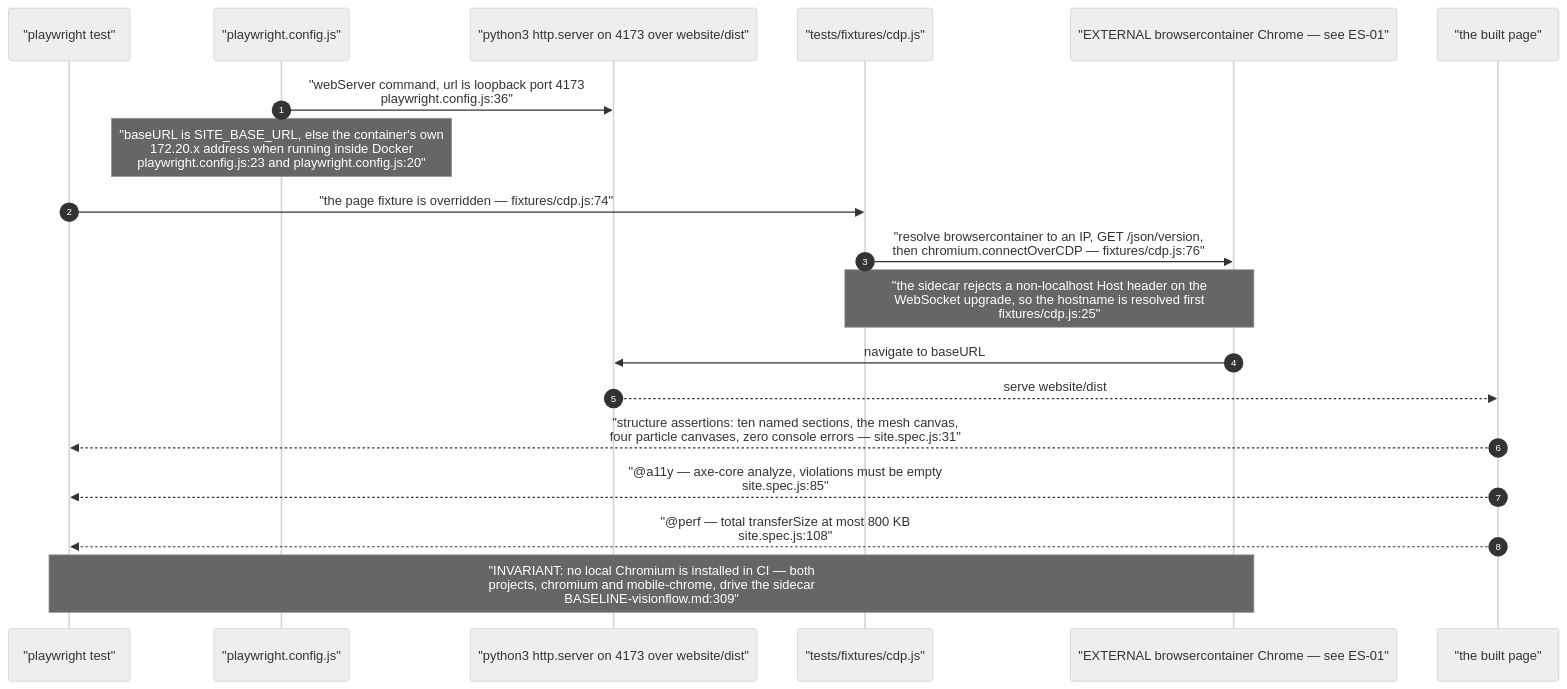
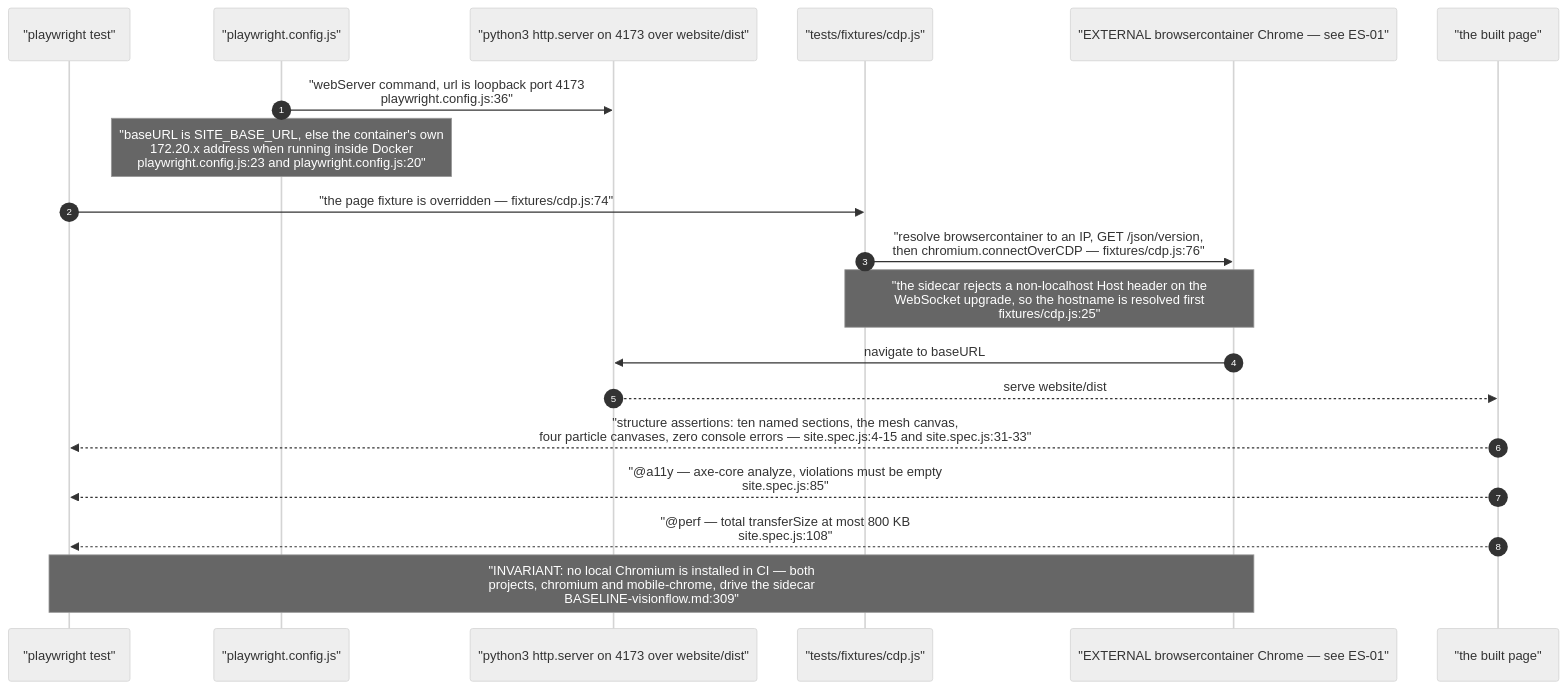
The tenth of 12 diagrams in docs/diagrams/visionflow/02-website-build-and-deploy.md (DreamLab-AI/VisionFlow), drawn with Mermaid (neutral theme) before and after one commit. The commit also changed other lines of this file and 91 other files, not shown here.

````diff
--- a/docs/diagrams/visionflow/02-website-build-and-deploy.md
+++ b/docs/diagrams/visionflow/02-website-build-and-deploy.md
@@ -306,22 +308,22 @@
 ```mermaid
 sequenceDiagram
     autonumber
     participant T as "playwright test"
     participant C as "playwright.config.js"
     participant WS as "python3 http.server on 4173 over website/dist"
     participant FX as "tests/fixtures/cdp.js"
     participant CH as "EXTERNAL browsercontainer Chrome — see ES-01"
     participant P as "the built page"
 
     C->>WS: "webServer command, url is loopback port 4173<br/>playwright.config.js:36"
     Note over C: "baseURL is SITE_BASE_URL, else the container's own<br/>172.20.x address when running inside Docker<br/>playwright.config.js:23 and playwright.config.js:20"
     T->>FX: "the page fixture is overridden — fixtures/cdp.js:74"
     FX->>CH: "resolve browsercontainer to an IP, GET /json/version,<br/>then chromium.connectOverCDP — fixtures/cdp.js:76"
     Note over FX,CH: "the sidecar rejects a non-localhost Host header on the<br/>WebSocket upgrade, so the hostname is resolved first<br/>fixtures/cdp.js:25"
     CH->>WS: navigate to baseURL
     WS-->>P: serve website/dist
-    P-->>T: "structure assertions: ten named sections, the mesh canvas,<br/>four particle canvases, zero console errors — site.spec.js:31"
+    P-->>T: "structure assertions: ten named sections, the mesh canvas,<br/>four particle canvases, zero console errors — site.spec.js:4-15 and site.spec.js:31-33"
     P-->>T: "@a11y — axe-core analyze, violations must be empty<br/>site.spec.js:85"
     P-->>T: "@perf — total transferSize at most 800 KB<br/>site.spec.js:108"
     Note over T,CH: "INVARIANT: no local Chromium is installed in CI — both<br/>projects, chromium and mobile-chrome, drive the sidecar<br/>BASELINE-visionflow.md:309"
 ```
````
